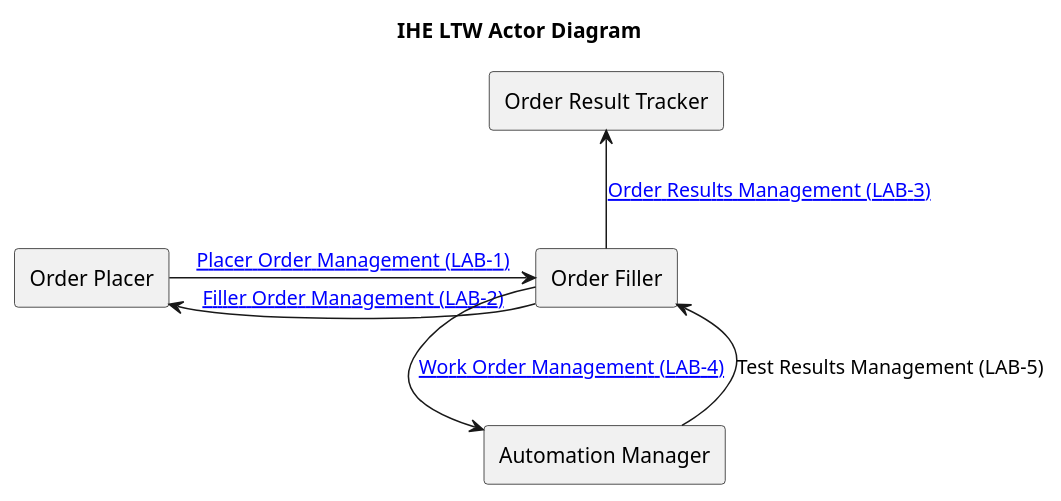
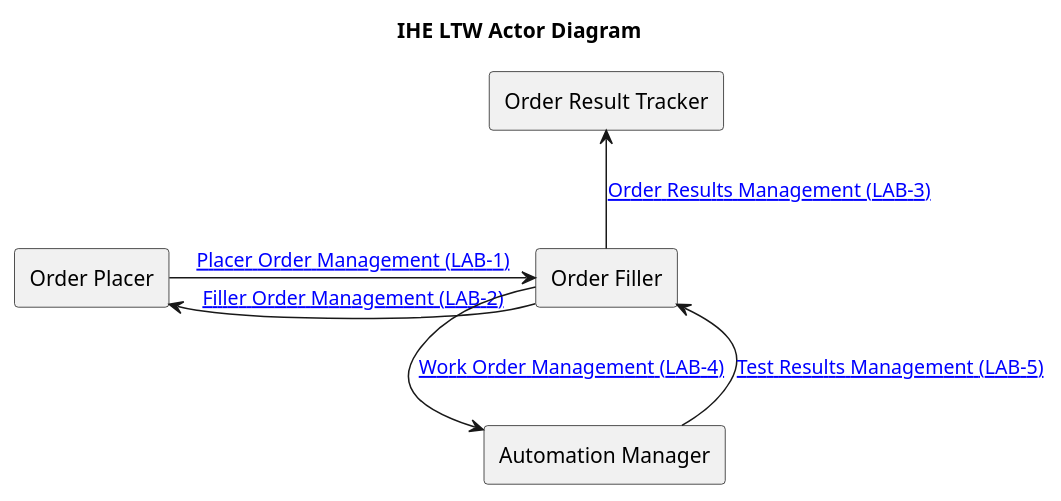
Before and after one commit to nw-gmsa/nw-gmsa.github.com: the diagram in input/images-source/LTW-component.plantuml, drawn with PlantUML. The commit also changed 1 other file, not shown here.

```diff
--- a/input/images-source/LTW-component.plantuml
+++ b/input/images-source/LTW-component.plantuml
@@ -1,17 +1,17 @@
 @startuml
 
 title "IHE LTW Actor Diagram"
 
 agent "Order Placer" as Placer
 agent "Order Filler" as Filler
 agent "Automation Manager" as Manager
 agent "Order Result Tracker" as Tracker
 
-Placer -r-> Filler: [[LAB-1.html Placer Order Management (LAB-1)]]
-Filler -l-> Placer: [[LAB-2.html Filler Order Management (LAB-2)]]
+Placer -r-> Filler: [[LTW.html#laboratory-order-lab-1 Placer Order Management (LAB-1)]]
+Filler -l-> Placer: [[LTW.html#filler-order-management-lab-2 Filler Order Management (LAB-2)]]
 
-Filler -u-> Tracker: [[LAB-3.html Order Results Management (LAB-3)]]
-Filler -d-> Manager: [[LAB-4.html Work Order Management (LAB-4)]]
-Manager -u-> Filler: Test Results Management (LAB-5)
+Filler -u-> Tracker: [[LTW.html#laboratory-report-lab-3 Order Results Management (LAB-3)]]
+Filler -d-> Manager: [[LTW.html#work-order-management-lab-4 Work Order Management (LAB-4)]]
+Manager -u-> Filler: [[LTW.html#test-results-management-lab-5 Test Results Management (LAB-5)]]
 
 @enduml
```
